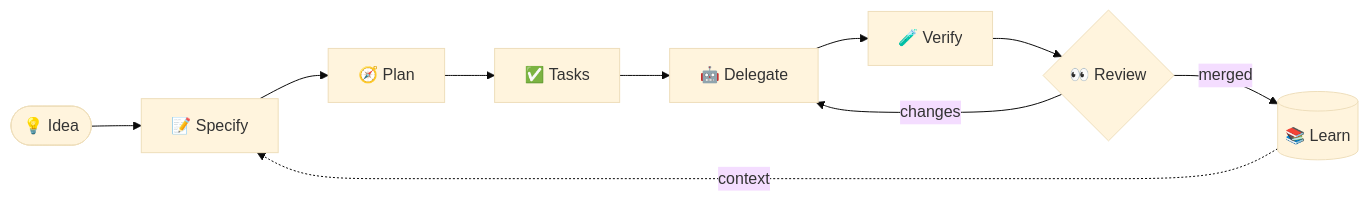
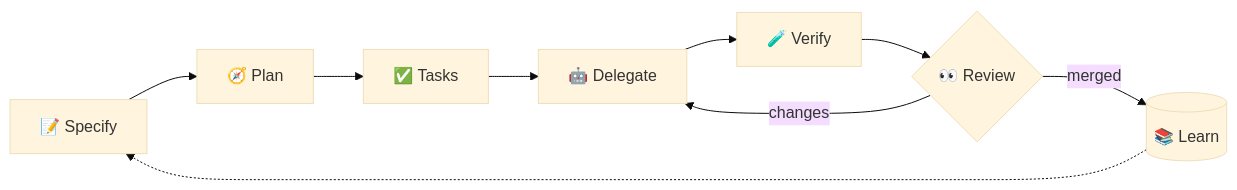
Before and after one commit to manuelstolze/manuelstolze: the diagram in README.md, drawn with Mermaid (base theme). The commit also changed other lines of this file and 2 other files, not shown here.

````diff
--- a/README.md
+++ b/README.md
@@ -29,12 +13,7 @@
 ```mermaid
 flowchart LR
-    A([💡 Idea]) --> S[📝 Specify]
-    S --> P[🧭 Plan]
-    P --> T[✅ Tasks]
-    T --> D[🤖 Delegate]
-    D --> V[🧪 Verify]
-    V --> R{👀 Review}
+    S[📝 Specify] --> P[🧭 Plan] --> T[✅ Tasks] --> D[🤖 Delegate] --> V[🧪 Verify] --> R{👀 Review}
     R -- changes --> D
     R -- merged --> L[(📚 Learn)]
-    L -. context .-> S
+    L -.-> S
 ```
````
